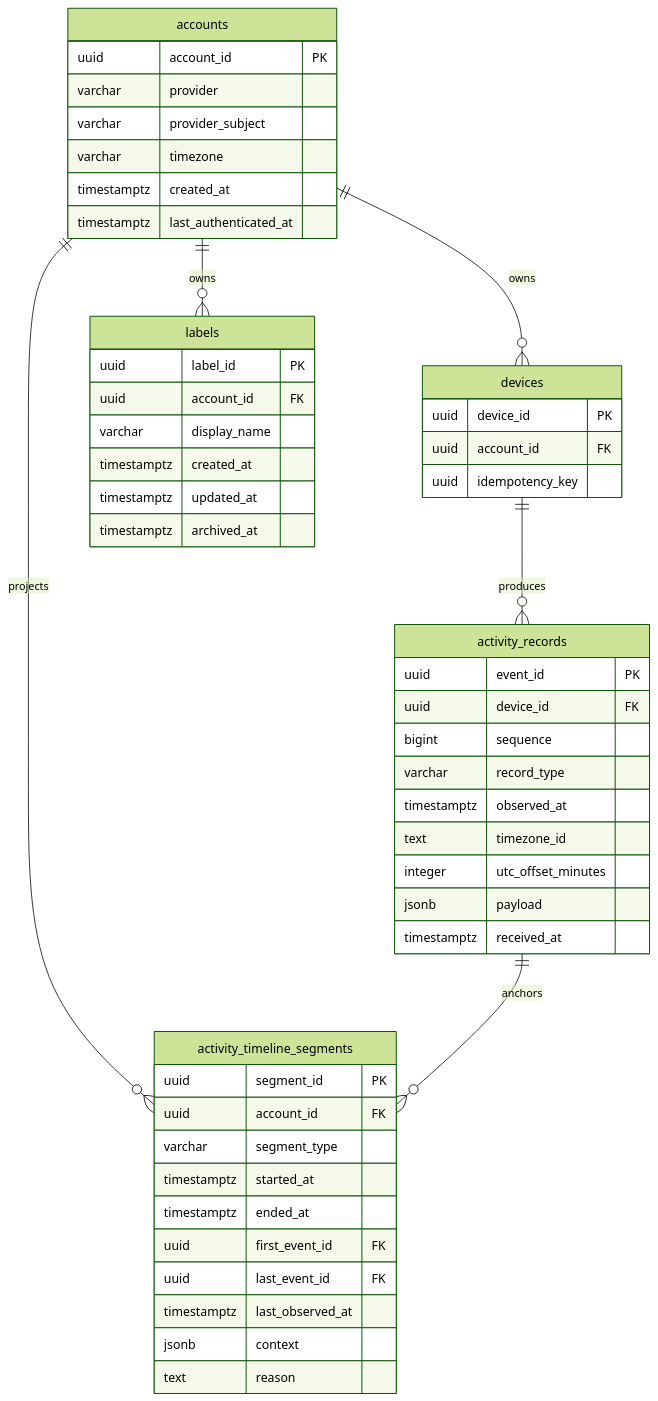
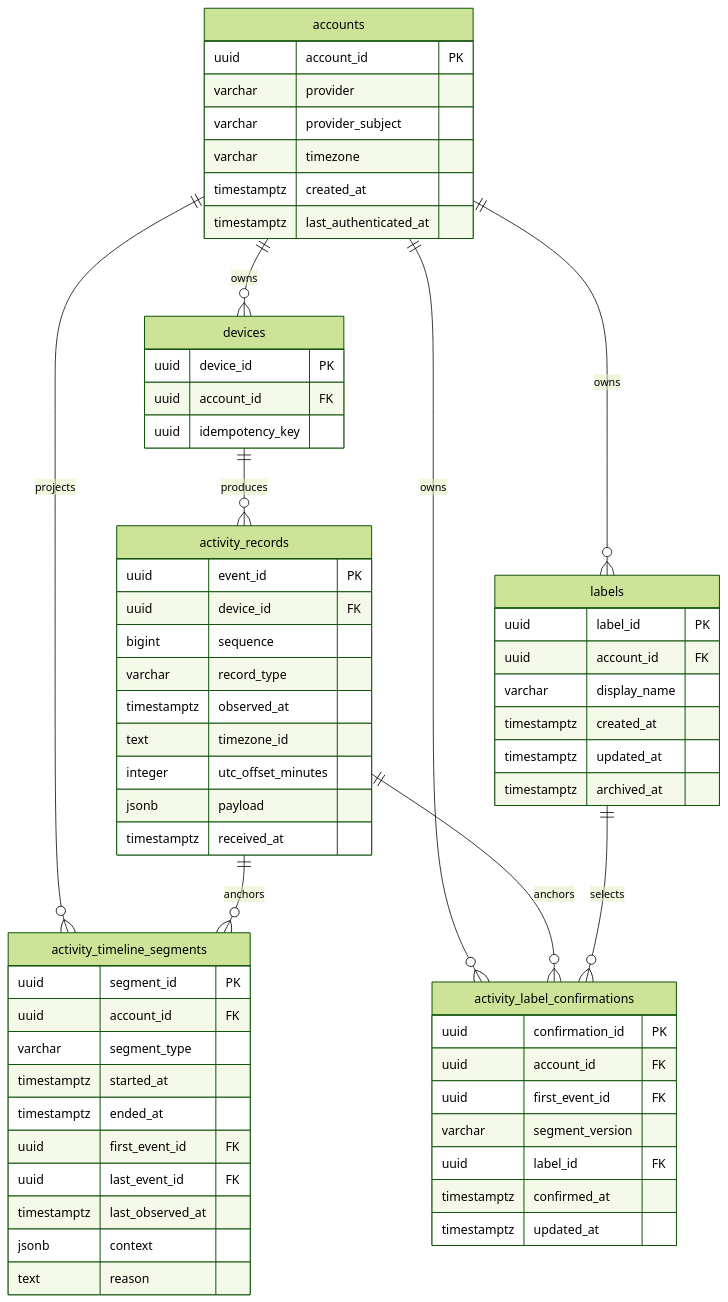
The diagram in docs/erd.md (jolvy/mosemo), drawn with Mermaid (forest theme) before and after one commit. The commit also changed other lines of this file and 17 other files, not shown here.

Commit message:
feat(labels): add segment label confirmation

````diff
--- a/docs/erd.md
+++ b/docs/erd.md
@@ -12,57 +12,70 @@
 ```mermaid
 erDiagram
     accounts ||--o{ devices : owns
     devices ||--o{ activity_records : produces
     accounts ||--o{ activity_timeline_segments : projects
     activity_records ||--o{ activity_timeline_segments : anchors
     accounts ||--o{ labels : owns
+    accounts ||--o{ activity_label_confirmations : owns
+    activity_records ||--o{ activity_label_confirmations : anchors
+    labels ||--o{ activity_label_confirmations : selects
 
     accounts {
         uuid account_id PK
         varchar provider
         varchar provider_subject
         varchar timezone
         timestamptz created_at
         timestamptz last_authenticated_at
     }
 
     labels {
         uuid label_id PK
         uuid account_id FK
         varchar display_name
         timestamptz created_at
         timestamptz updated_at
         timestamptz archived_at
     }
 
     devices {
         uuid device_id PK
         uuid account_id FK
         uuid idempotency_key
     }
 
     activity_records {
         uuid event_id PK
         uuid device_id FK
         bigint sequence
         varchar record_type
         timestamptz observed_at
         text timezone_id
         integer utc_offset_minutes
         jsonb payload
         timestamptz received_at
     }
 
     activity_timeline_segments {
         uuid segment_id PK
         uuid account_id FK
         varchar segment_type
         timestamptz started_at
         timestamptz ended_at
         uuid first_event_id FK
         uuid last_event_id FK
         timestamptz last_observed_at
         jsonb context
         text reason
     }
+
+    activity_label_confirmations {
+        uuid confirmation_id PK
+        uuid account_id FK
+        uuid first_event_id FK
+        varchar segment_version
+        uuid label_id FK
+        timestamptz confirmed_at
+        timestamptz updated_at
+    }
 ```
````
